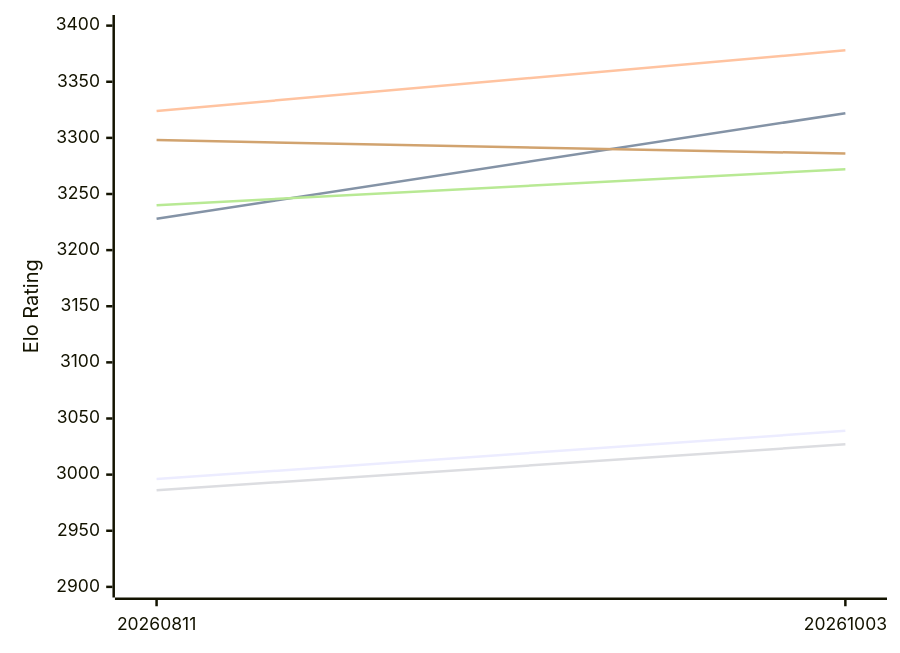
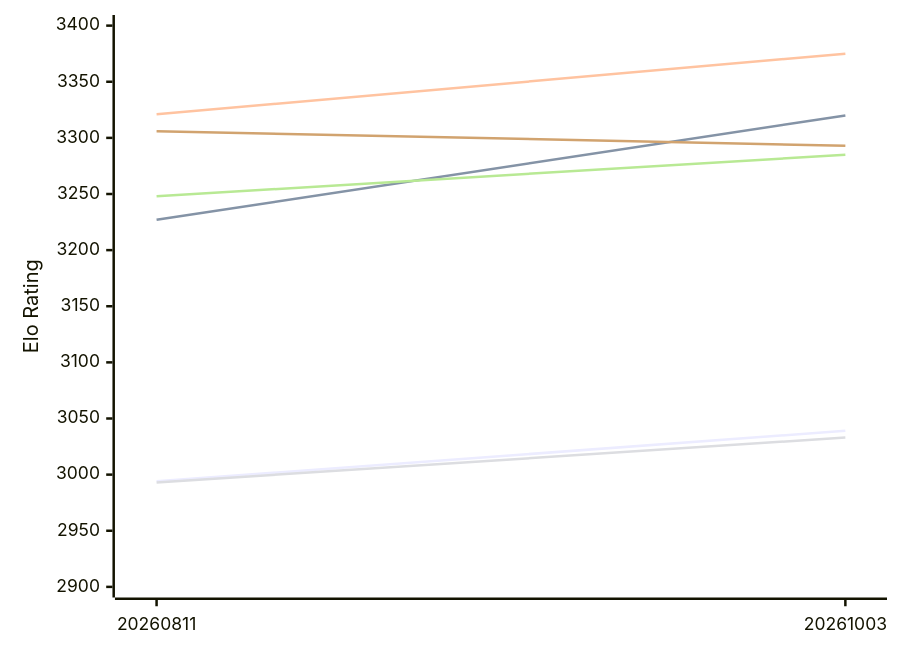
The first of 2 diagrams in engines/Askaig.md (computer-chess-index/cci), drawn with Mermaid before and after one commit. The commit also changed other lines of this file, not shown here.

Commit message:
Update CCI Ratings (ELO VLTC) - 2026-11-23

````diff
--- a/engines/Askaig.md
+++ b/engines/Askaig.md
@@ -52,12 +52,12 @@
 ```mermaid
 %%{init: {"theme":"base","themeVariables":{"seriesColors:['#a3a3a3','#222221','#faa371']}}}%%
 xychart-beta
   x-axis ["20260811", "20261003"]
   y-axis "Elo Rating" 2900 --> 3400
-  line "E1: STC (8.0+0.08s)" [2996, 3039]
-  line "E1: LTC (60.0+0.60s)" [3228, 3322]
-  line "E1: VLTC (2m24s+1.12s)" [3324, 3378]
-  line "P1: STC (8.0+0.08s)" [2986, 3027]
-  line "P1: LTC (60.0+0.60s)" [3240, 3272]
-  line "P1: VLTC (2m24s+1.12s)" [3298, 3286]
+  line "E1: STC (8.0+0.08s)" [2994, 3039]
+  line "E1: LTC (60.0+0.60s)" [3227, 3320]
+  line "E1: VLTC (2m24s+1.12s)" [3321, 3375]
+  line "P1: STC (8.0+0.08s)" [2993, 3033]
+  line "P1: LTC (60.0+0.60s)" [3248, 3285]
+  line "P1: VLTC (2m24s+1.12s)" [3306, 3293]
 ```
````
